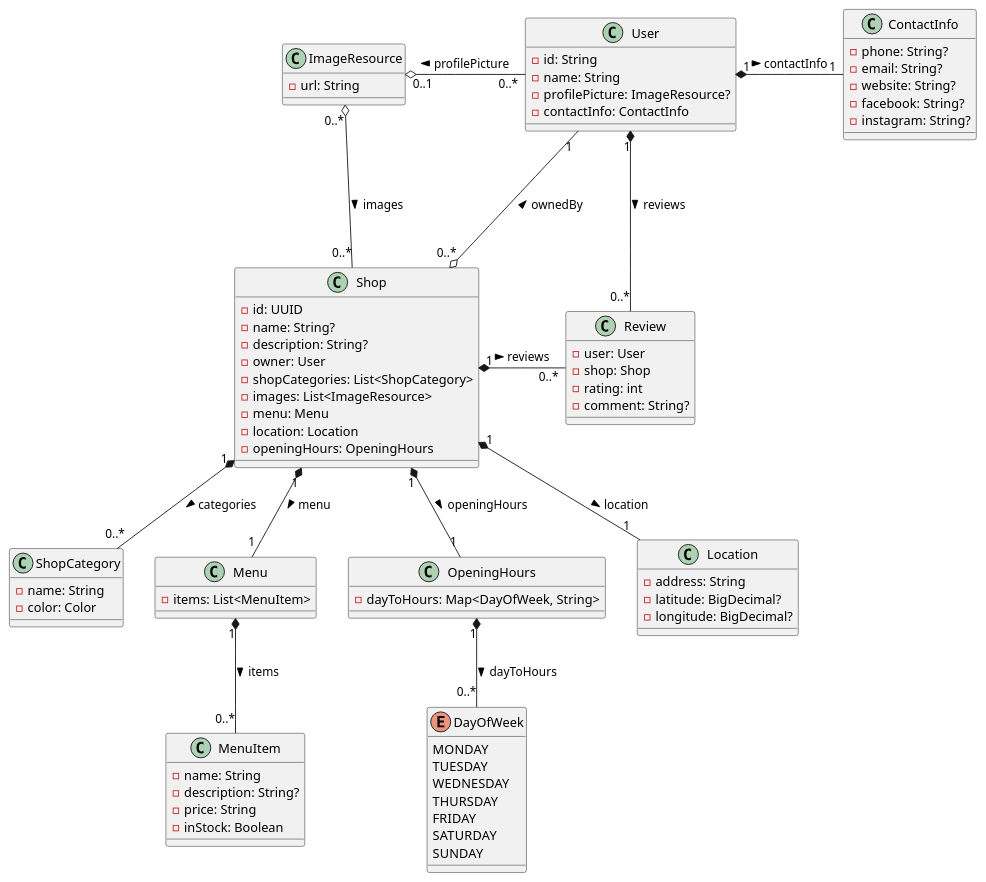
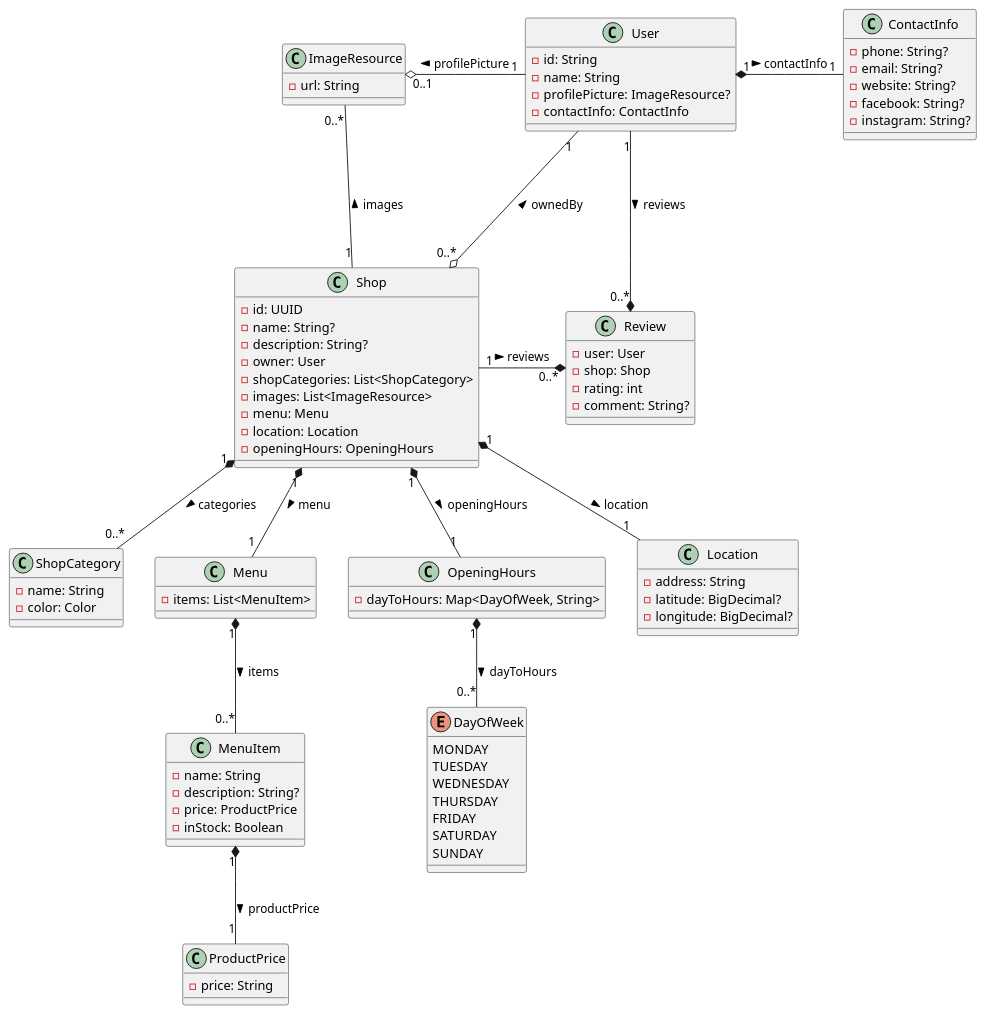
One commit to tondracek/my-farmer changed the diagram in docs/diagram/class.puml. Above: the diagram before and after it, drawn with PlantUML.

Commit message:
fix: polishing the class diagram 2

```diff
--- a/docs/diagram/class.puml
+++ b/docs/diagram/class.puml
@@ -1,115 +1,121 @@
 @startuml
 
 skinparam backgroundColor #FFFFFF
 
 class ImageResource {
     - url: String
 }
 
 ' ----------------------------------- '
 
 class User {
     - id: String
     - name: String
     - profilePicture: ImageResource?
     - contactInfo: ContactInfo
 }
 
-User "0..*" -Lo "0..1" ImageResource : profilePicture >
+User "1" -Lo "0..1" ImageResource : profilePicture >
 
 ' ----------------------------------- '
 
 class ContactInfo {
     - phone: String?
     - email: String?
     - website: String?
     - facebook: String?
     - instagram: String?
 }
 
 User "1" *- "1" ContactInfo : contactInfo >
 
 ' ----------------------------------- '
 
 class Shop {
     - id: UUID
     - name: String?
     - description: String?
     - owner: User
     - shopCategories: List<ShopCategory>
     - images: List<ImageResource>
     - menu: Menu
     - location: Location
     - openingHours: OpeningHours
 }
 
 User "1" ---o "0..*" Shop : ownedBy <
-ImageResource "0..*" o-- "0..*" Shop : images >
+
+Shop "1" -- "0..*" ImageResource : images >
 
 ' ----------------------------------- '
 
 class ShopCategory {
     - name: String
     - color: Color
 }
 
 Shop "1" *-- "0..*" ShopCategory : categories >
 
 ' ----------------------------------- '
 
 class Menu {
     - items: List<MenuItem>
 }
 
 class MenuItem {
     - name: String
     - description: String?
+    - price: ProductPrice
+    - inStock: Boolean
+}
+
+class ProductPrice {
     - price: String
-    - inStock: Boolean
 }
 
 Shop "1" *-- "1" Menu : menu >
 Menu "1" *-- "0..*" MenuItem : items >
+MenuItem "1" *-- "1" ProductPrice : productPrice >
 
 ' ----------------------------------- '
 
 class OpeningHours {
     - dayToHours: Map<DayOfWeek, String>
 }
 
 enum DayOfWeek {
     MONDAY
     TUESDAY
     WEDNESDAY
     THURSDAY
     FRIDAY
     SATURDAY
     SUNDAY
 }
 
 Shop "1" *-- "1" OpeningHours : openingHours >
 OpeningHours "1" *-- "0..*" DayOfWeek : dayToHours >
 
 ' ----------------------------------- '
 
 class Location {
     - address: String
     - latitude: BigDecimal?
     - longitude: BigDecimal?
 }
 
 Shop "1" *-- "1" Location : location >
 
 ' ----------------------------------- '
 
 class Review {
     - user: User
     - shop: Shop
     - rating: int
     - comment: String?
 }
 
-Shop "1" *- "0..*" Review : reviews >
-User "1" *- "0..*" Review : reviews >
+Shop "1" -* "0..*" Review : reviews >
+User "1" -* "0..*" Review : reviews >
 
 @enduml
```
